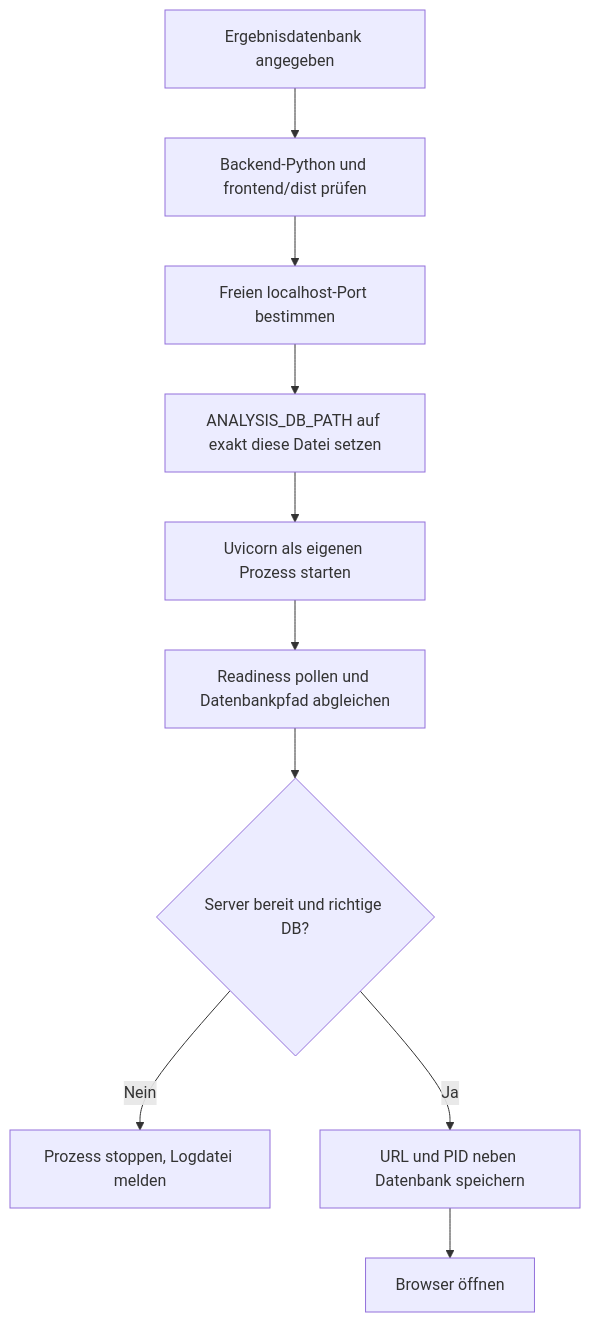
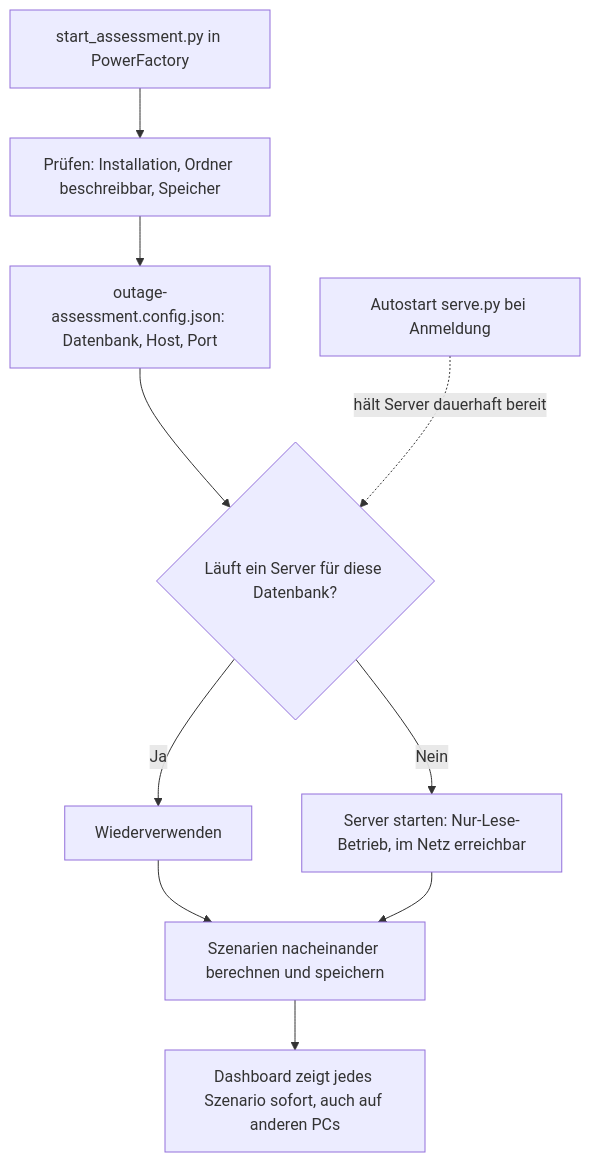
One commit to hadiibrahim-Engin/nahriva-grid-analysis changed the ninth of 11 diagrams in BIG_PICTURE.md. Above: the diagram before and after it, drawn with Mermaid. The commit also changed other lines of this file and 49 other files, not shown here.

````diff
--- a/BIG_PICTURE.md
+++ b/BIG_PICTURE.md
@@ -257,12 +326,12 @@
 ```mermaid
 flowchart TD
-    DB[Ergebnisdatenbank angegeben] --> Check[Backend-Python und frontend/dist prüfen]
-    Check --> Port[Freien localhost-Port bestimmen]
-    Port --> Env[ANALYSIS_DB_PATH auf exakt diese Datei setzen]
-    Env --> Spawn[Uvicorn als eigenen Prozess starten]
-    Spawn --> Ready[Readiness pollen und Datenbankpfad abgleichen]
-    Ready --> OK{Server bereit und richtige DB?}
-    OK -->|Nein| Stop[Prozess stoppen, Logdatei melden]
-    OK -->|Ja| Record[URL und PID neben Datenbank speichern]
-    Record --> Open[Browser öffnen]
+    Run[start_assessment.py in PowerFactory] --> Pre[Prüfen: Installation, Ordner beschreibbar, Speicher]
+    Pre --> Cfg[outage-assessment.config.json: Datenbank, Host, Port]
+    Cfg --> Reuse{Läuft ein Server für diese Datenbank?}
+    Reuse -->|Ja| Keep[Wiederverwenden]
+    Reuse -->|Nein| Start[Server starten: Nur-Lese-Betrieb, im Netz erreichbar]
+    Keep --> Calc[Szenarien nacheinander berechnen und speichern]
+    Start --> Calc
+    Calc --> Live[Dashboard zeigt jedes Szenario sofort, auch auf anderen PCs]
+    Auto[Autostart serve.py bei Anmeldung] -.hält Server dauerhaft bereit.-> Reuse
 ```
````
